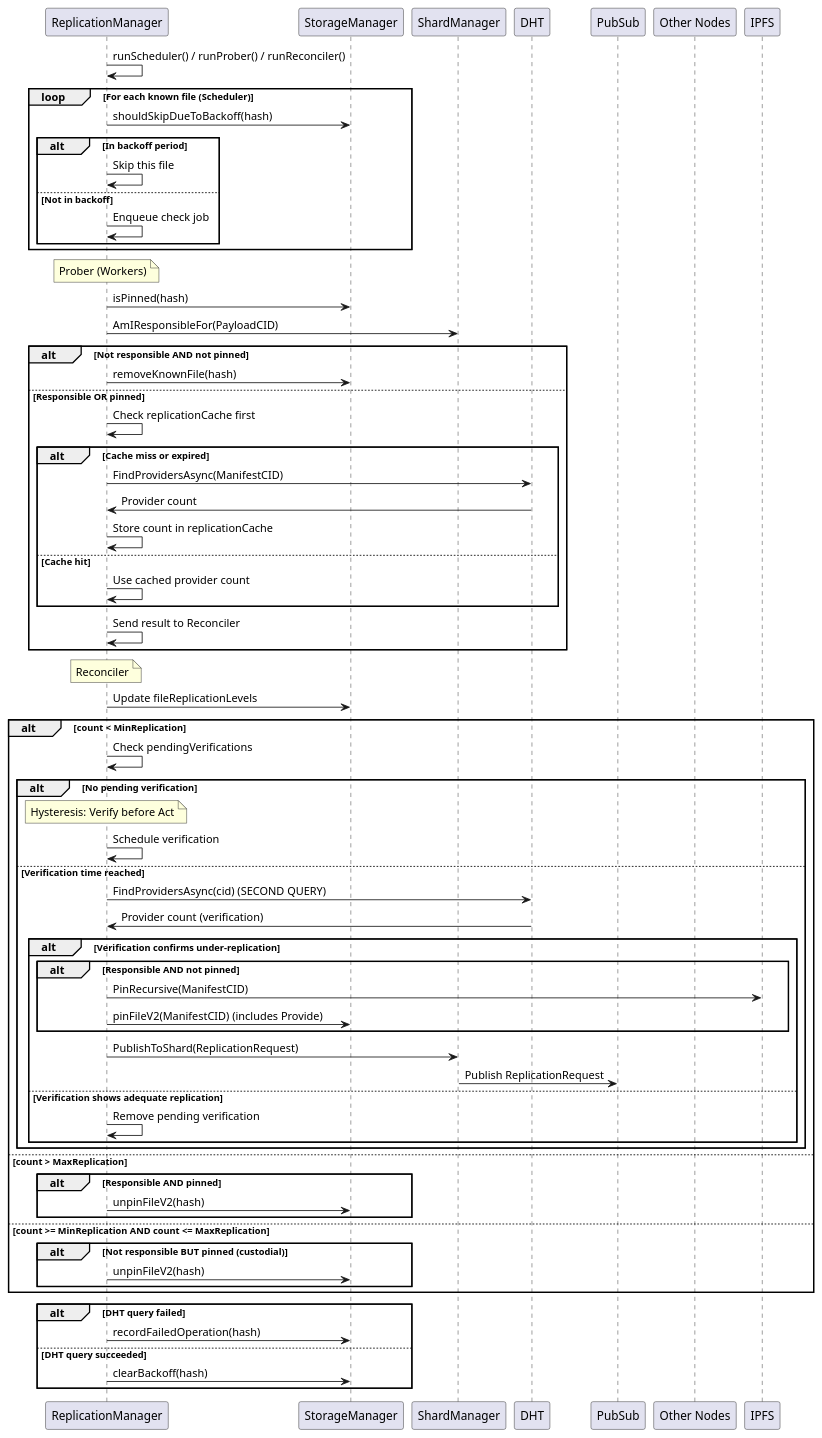
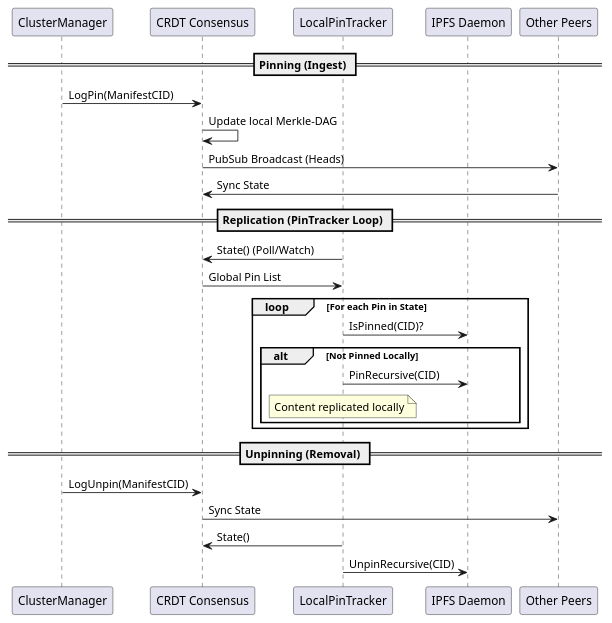
Before and after one commit to gipplab/D-LOCKSS: the diagram in docs/replication_check_sequence.puml, drawn with PlantUML. The commit also changed 23 other files, not shown here.

Commit message:
added ipfs cluster as replication manager

```diff
--- a/docs/replication_check_sequence.puml
+++ b/docs/replication_check_sequence.puml
@@ -1,78 +1,36 @@
-@startuml Replication Check Sequence
+@startuml Cluster State Sync Sequence
 
-participant "ReplicationManager" as ReplMgr
-participant "StorageManager" as Storage
-participant "ShardManager" as ShardMgr
-participant "DHT" as DHT
-participant "PubSub" as PubSub
-participant "Other Nodes" as Nodes
+participant "ClusterManager" as ClusterMgr
+participant "CRDT Consensus" as CRDT
+participant "LocalPinTracker" as PinTracker
+participant "IPFS Daemon" as IPFS
+participant "Other Peers" as Peers
 
-ReplMgr -> ReplMgr: runScheduler() / runProber() / runReconciler()
+== Pinning (Ingest) ==
 
-loop For each known file (Scheduler)
-    ReplMgr -> Storage: shouldSkipDueToBackoff(hash)
-    alt In backoff period
-        ReplMgr -> ReplMgr: Skip this file
-    else Not in backoff
-        ReplMgr -> ReplMgr: Enqueue check job
+ClusterMgr -> CRDT: LogPin(ManifestCID)
+CRDT -> CRDT: Update local Merkle-DAG
+CRDT -> Peers: PubSub Broadcast (Heads)
+Peers -> CRDT: Sync State
+
+== Replication (PinTracker Loop) ==
+
+PinTracker -> CRDT: State() (Poll/Watch)
+CRDT -> PinTracker: Global Pin List
+
+loop For each Pin in State
+    PinTracker -> IPFS: IsPinned(CID)?
+    alt Not Pinned Locally
+        PinTracker -> IPFS: PinRecursive(CID)
+        Note over PinTracker: Content replicated locally
     end
 end
 
-Note over ReplMgr: Prober (Workers)
-ReplMgr -> Storage: isPinned(hash)
-ReplMgr -> ShardMgr: AmIResponsibleFor(PayloadCID)
+== Unpinning (Removal) ==
 
-alt Not responsible AND not pinned
-    ReplMgr -> Storage: removeKnownFile(hash)
-else Responsible OR pinned
-    ReplMgr -> ReplMgr: Check replicationCache first
-    alt Cache miss or expired
-        ReplMgr -> DHT: FindProvidersAsync(ManifestCID)
-        DHT -> ReplMgr: Provider count
-        ReplMgr -> ReplMgr: Store count in replicationCache
-    else Cache hit
-        ReplMgr -> ReplMgr: Use cached provider count
-    end
-    
-    ReplMgr -> ReplMgr: Send result to Reconciler
-end
-
-Note over ReplMgr: Reconciler
-ReplMgr -> Storage: Update fileReplicationLevels
-
-alt count < MinReplication
-    ReplMgr -> ReplMgr: Check pendingVerifications
-    alt No pending verification
-        Note over ReplMgr: Hysteresis: Verify before Act
-        ReplMgr -> ReplMgr: Schedule verification
-    else Verification time reached
-        ReplMgr -> DHT: FindProvidersAsync(cid) (SECOND QUERY)
-        DHT -> ReplMgr: Provider count (verification)
-        alt Verification confirms under-replication
-            alt Responsible AND not pinned
-                ReplMgr -> IPFS: PinRecursive(ManifestCID)
-                ReplMgr -> Storage: pinFileV2(ManifestCID) (includes Provide)
-            end
-            ReplMgr -> ShardMgr: PublishToShard(ReplicationRequest)
-            ShardMgr -> PubSub: Publish ReplicationRequest
-        else Verification shows adequate replication
-            ReplMgr -> ReplMgr: Remove pending verification
-        end
-    end
-else count > MaxReplication
-    alt Responsible AND pinned
-        ReplMgr -> Storage: unpinFileV2(hash)
-    end
-else count >= MinReplication AND count <= MaxReplication
-    alt Not responsible BUT pinned (custodial)
-        ReplMgr -> Storage: unpinFileV2(hash)
-    end
-end
-
-alt DHT query failed
-    ReplMgr -> Storage: recordFailedOperation(hash)
-else DHT query succeeded
-    ReplMgr -> Storage: clearBackoff(hash)
-end
+ClusterMgr -> CRDT: LogUnpin(ManifestCID)
+CRDT -> Peers: Sync State
+PinTracker -> CRDT: State()
+PinTracker -> IPFS: UnpinRecursive(CID)
 
 @enduml
```
